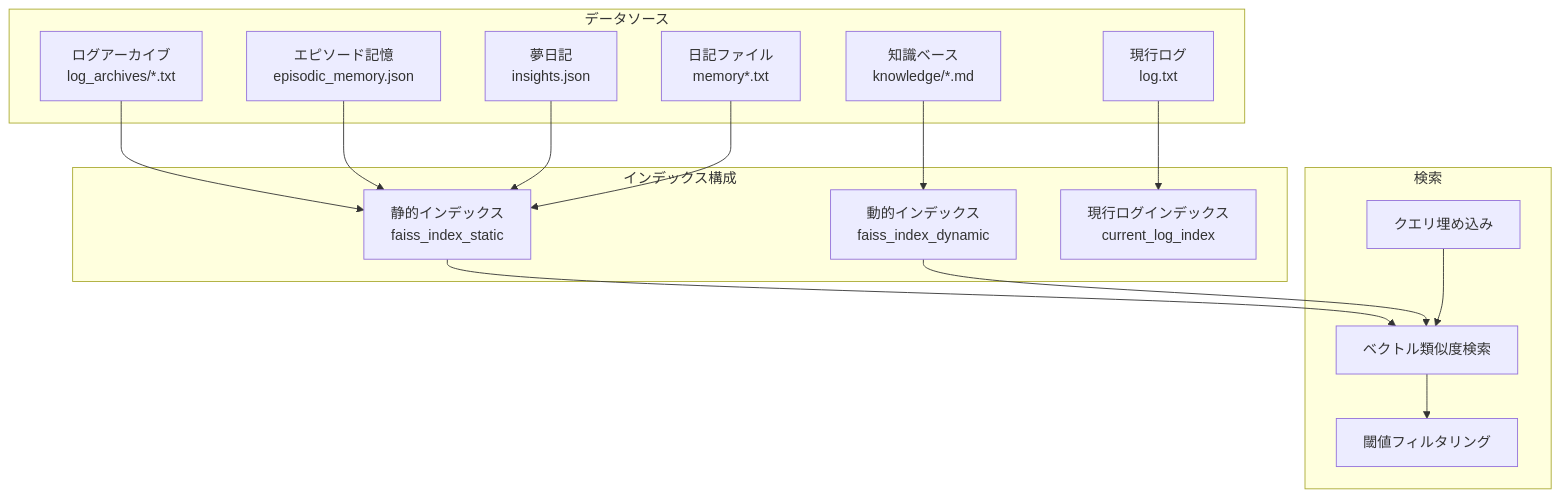
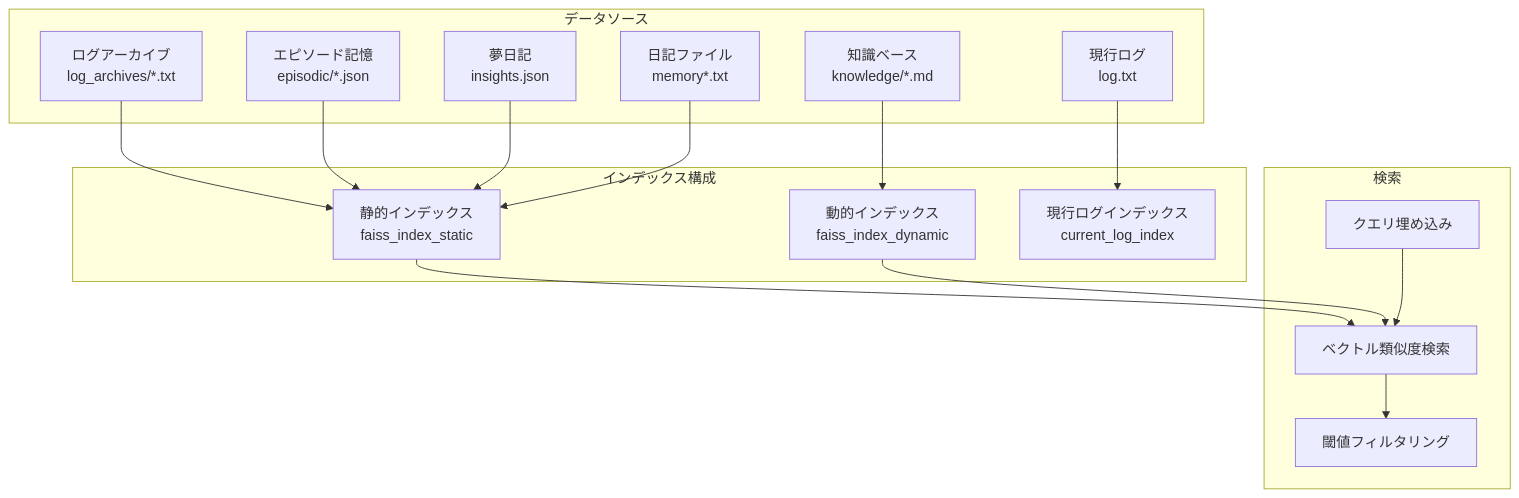
The second of 4 diagrams in docs/specifications/MEMORY_SYSTEM_SPECIFICATION.md (kenomendako/gradiotest), drawn with Mermaid before and after one commit. The commit also changed other lines of this file, not shown here.

````diff
--- a/docs/specifications/MEMORY_SYSTEM_SPECIFICATION.md
+++ b/docs/specifications/MEMORY_SYSTEM_SPECIFICATION.md
@@ -609,35 +629,35 @@
 ```mermaid
 graph TB
     subgraph "インデックス構成"
         SI[静的インデックス<br/>faiss_index_static]
         DI[動的インデックス<br/>faiss_index_dynamic]
         CLI[現行ログインデックス<br/>current_log_index]
     end
     
     subgraph "データソース"
         LA[ログアーカイブ<br/>log_archives/*.txt]
-        EM[エピソード記憶<br/>episodic_memory.json]
+        EM[エピソード記憶<br/>episodic/*.json]
         DM[夢日記<br/>insights.json]
         DY[日記ファイル<br/>memory*.txt]
         KB[知識ベース<br/>knowledge/*.md]
         CL[現行ログ<br/>log.txt]
     end
     
     LA --> SI
     EM --> SI
     DM --> SI
     DY --> SI
     KB --> DI
     CL --> CLI
     
     subgraph "検索"
         QE[クエリ埋め込み]
         VS[ベクトル類似度検索]
         TH[閾値フィルタリング]
     end
     
     SI --> VS
     DI --> VS
     QE --> VS
     VS --> TH
 ```
````
